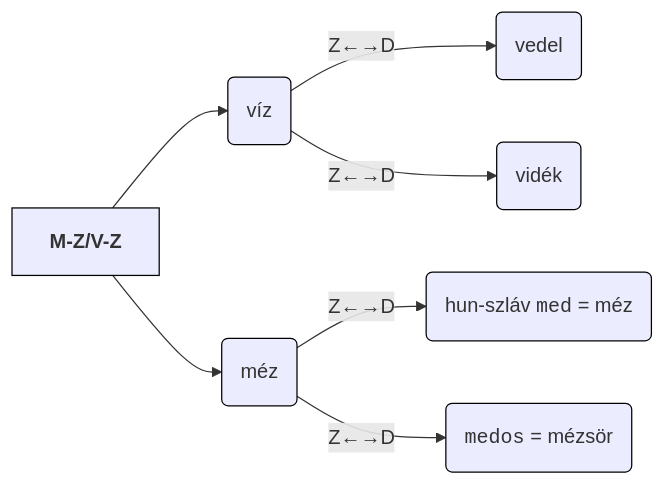
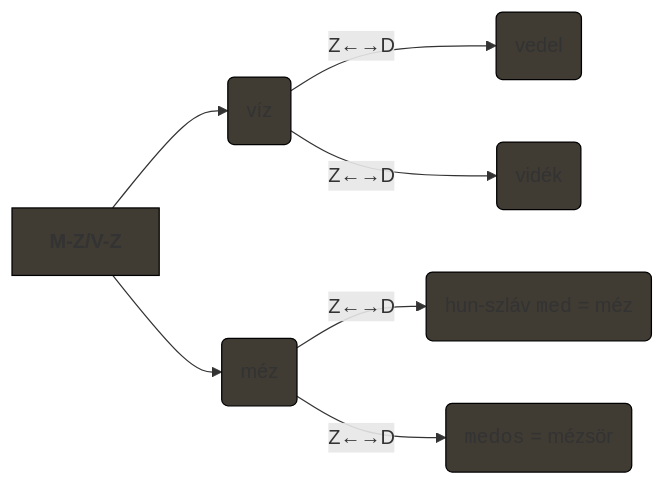
Before and after one commit to zanodor/TUDDASSTTARR: diagram 13 of 19 in src/site/notes/B/Balk.md, drawn with Mermaid. The commit also changed other lines of this file and 1 other file, not shown here.

````diff
--- a/src/site/notes/B/Balk.md
+++ b/src/site/notes/B/Balk.md
@@ -32,21 +390,19 @@
 ```mermaid
-
-
 flowchart LR
 
 	head[<b>M-Z/V-Z</b>]
 	lvl2_a("víz")
 	lvl2_b("méz")
 	lvl3_a("vedel")
 	lvl3_b("vidék")
 	lvl3_c("hun-szláv <code>med</code> = méz")
 	lvl3_d("<code>medos</code> = mézsör")
 
 	head --> lvl2_a & lvl2_b
 	lvl2_a -- "Z←→D" -->  lvl3_a & lvl3_b
 	lvl2_b -- "Z←→D" -->  lvl3_c & lvl3_d
 
-	classDef fillStyle stroke:#000000,stroke-width:1px,stroke-dasharray: 0;
+	classDef fillStyle fill:#403c34,stroke:#000000,stroke-width:1px,stroke-dasharray: 0;
 	class head,lvl2_a,lvl2_b,lvl3_a,lvl3_b,lvl3_c,lvl3_d fillStyle;
 	class lvl2_a,lvl2_b,lvl3_a,lvl3_b internal-link;
 ```
````
